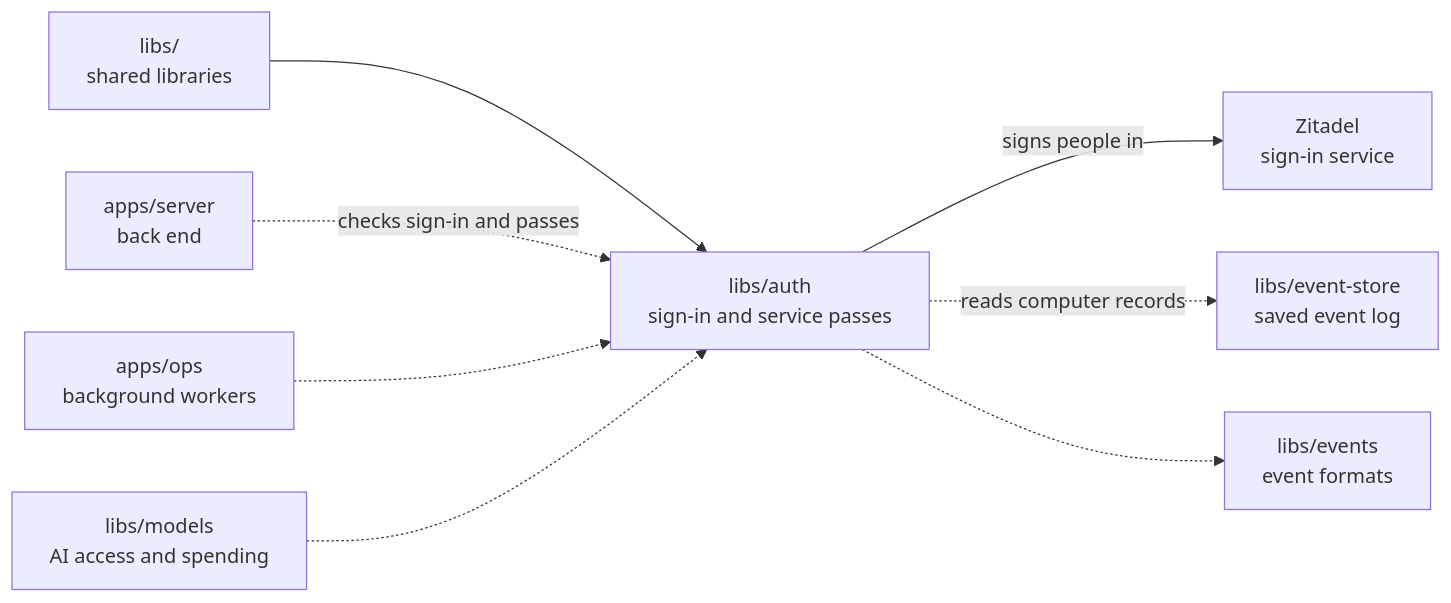
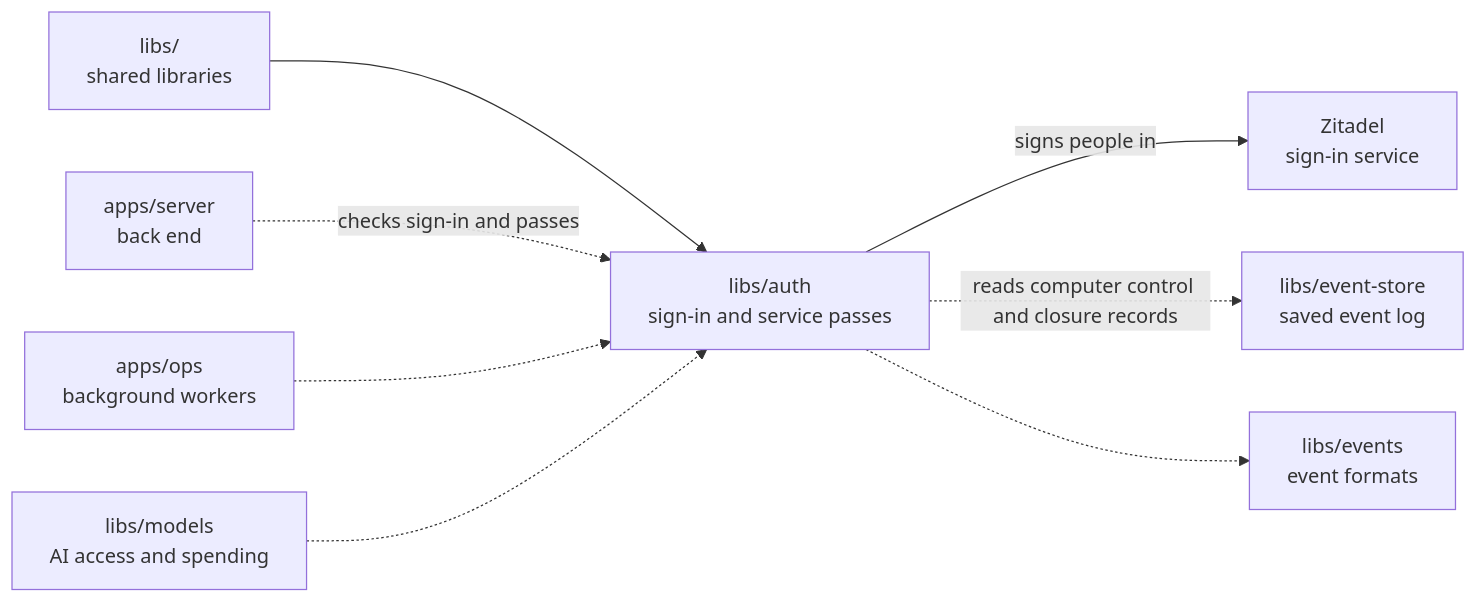
The diagram in libs/auth/README.md (elewa-git/opencrane-new), drawn with Mermaid before and after one commit. The commit also changed other lines of this file and 15 other files, not shown here.

````diff
--- a/libs/auth/README.md
+++ b/libs/auth/README.md
@@ -20,10 +20,10 @@
 ```mermaid
 flowchart LR
   parent["libs/<br/>shared libraries"] --> auth["libs/auth<br/>sign-in and service passes"]
   server["apps/server<br/>back end"] -.->|checks sign-in and passes| auth
   ops["apps/ops<br/>background workers"] -.-> auth
   models["libs/models<br/>AI access and spending"] -.-> auth
   auth -->|signs people in| zitadel["Zitadel<br/>sign-in service"]
-  auth -.->|reads computer records| store["libs/event-store<br/>saved event log"]
+  auth -.->|reads computer control and closure records| store["libs/event-store<br/>saved event log"]
   auth -.-> events["libs/events<br/>event formats"]
 ```
````
